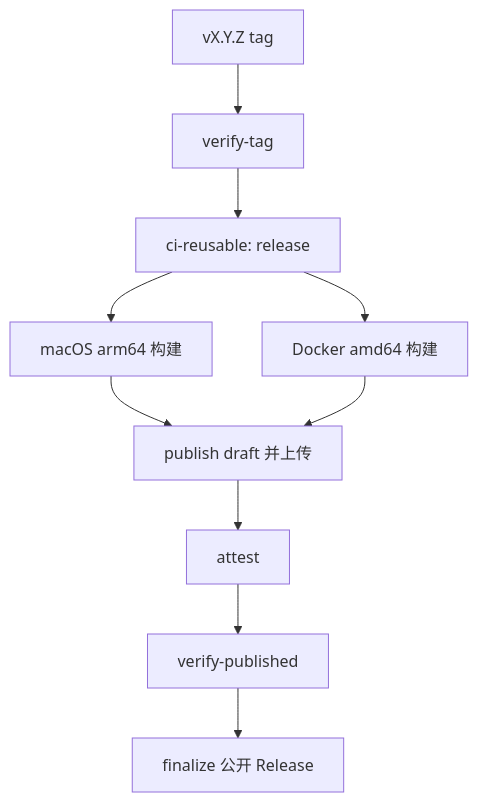
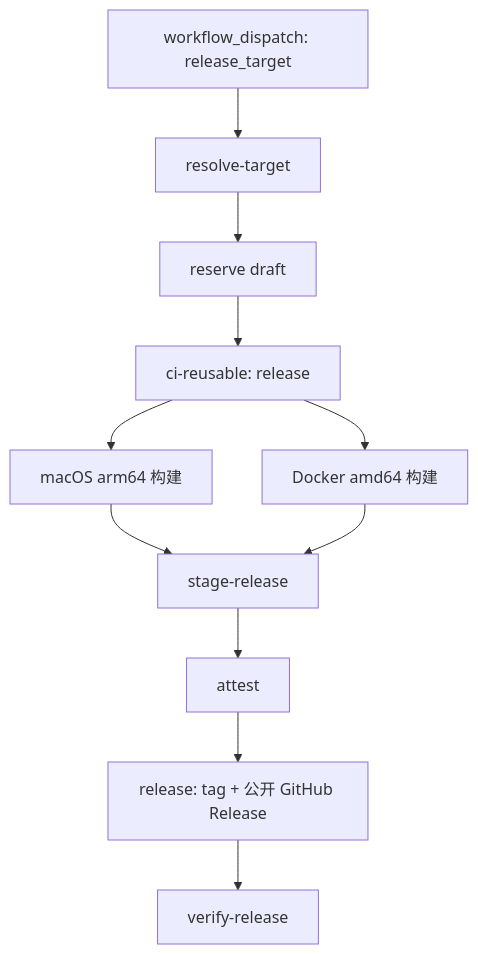
One commit to IvanLi-CN/mien changed the second of 2 diagrams in docs/CI.md. Above: the diagram before and after it, drawn with Mermaid. The commit also changed other lines of this file and 11 other files, not shown here.

````diff
--- a/docs/CI.md
+++ b/docs/CI.md
@@ -61,12 +63,13 @@
 ```mermaid
 flowchart TD
-  Tag[vX.Y.Z tag] --> V[verify-tag]
-  V --> T[ci-reusable: release]
+  Dispatch[workflow_dispatch: release_target] --> V[resolve-target]
+  V --> R[reserve draft]
+  R --> T[ci-reusable: release]
   T --> M[macOS arm64 构建]
-  T --> D[Docker amd64 构建]
-  M --> P[publish draft 并上传]
-  D --> P
-  P --> A[attest]
-  A --> X[verify-published]
-  X --> R[finalize 公开 Release]
+  T --> Docker[Docker amd64 构建]
+  M --> S[stage-release]
+  Docker --> S
+  S --> A[attest]
+  A --> P[release: tag + 公开 GitHub Release]
+  P --> X[verify-release]
 ```
````
